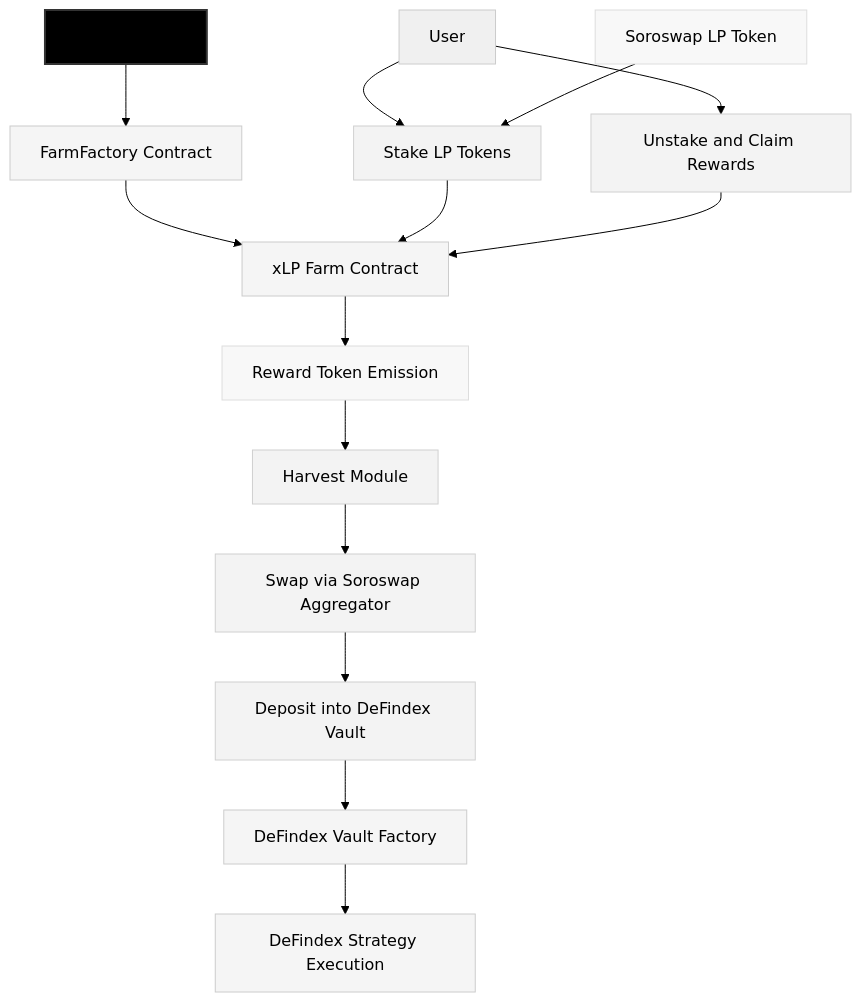
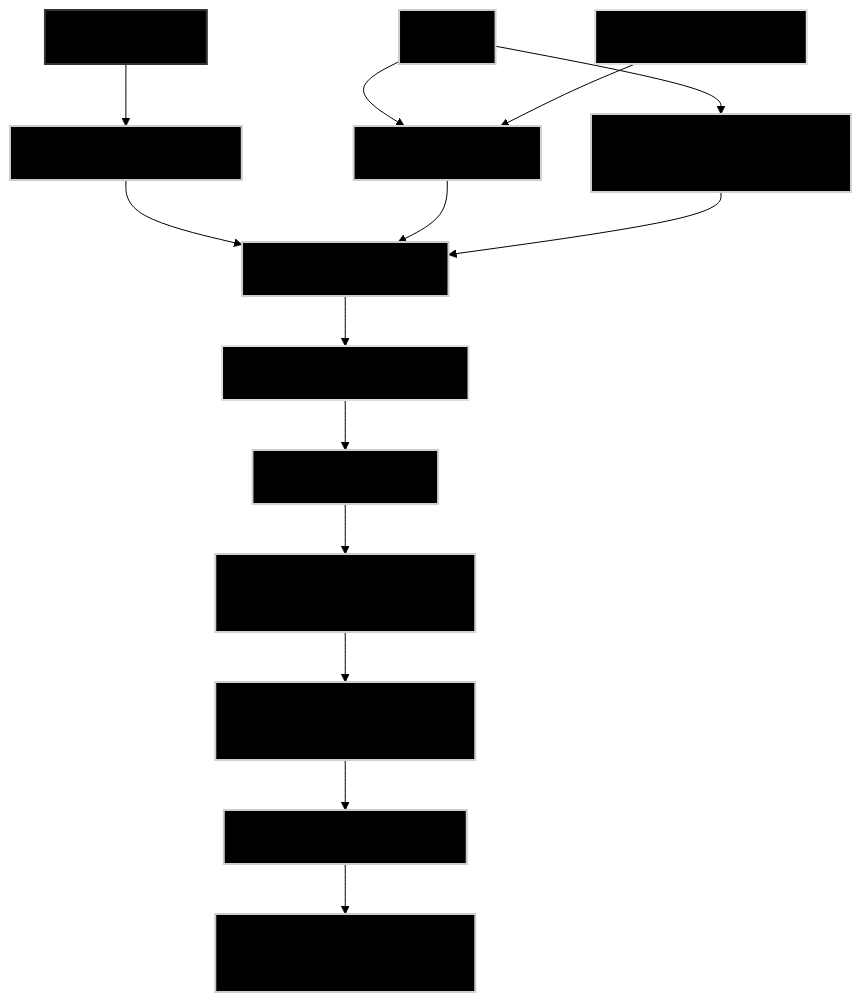
The diagram in README.md (Smitbafna/xLP-Farm-Protocol), drawn with Mermaid (forest theme) before and after one commit.

Commit message:
screenshot to be added

````diff
--- a/README.md
+++ b/README.md
@@ -50,40 +50,40 @@
 ```mermaid
 flowchart TD
 
   %% Admin Setup
   Admin[Admin / DAO]
   Admin --> Factory[FarmFactory Contract]
   Factory --> Farm[xLP Farm Contract]
 
   %% User Interaction
   User[User]
   LPToken[Soroswap LP Token]
   User --> Stake[Stake LP Tokens]
   Stake --> Farm
   User --> Unstake[Unstake and Claim Rewards]
   Unstake --> Farm
   LPToken --> Stake
 
   %% Reward Flow
   Farm --> Reward[Reward Token Emission]
   Reward --> Harvest[Harvest Module]
   Harvest --> Swap[Swap via Soroswap Aggregator]
   Swap --> Deposit[Deposit into DeFindex Vault]
   Deposit --> VaultFactory[DeFindex Vault Factory]
   VaultFactory --> Strategy[DeFindex Strategy Execution]
 
   %% Styling
   classDef admin fill:#000000,stroke:#333333,stroke-width:2px,color:#ffffff;  %% Black background with white text for Admin/DAO
-  classDef contract fill:#f5f5f5,stroke:#cccccc,stroke-width:1px,color:#666666;  %% Dull gray for contracts
-  classDef service fill:#f8f8f8,stroke:#dddddd,stroke-width:1px,color:#666666;   %% Dull light gray for services
-  classDef user fill:#f0f0f0,stroke:#cccccc,stroke-width:1px,color:#666666;      %% Dull gray for user
-  classDef logic fill:#f3f3f3,stroke:#d0d0d0,stroke-width:1px,color:#666666;     %% Dull light gray for logic
+  classDef contract fill:#000000,stroke:#cccccc,stroke-width:2px,color:#ffffff;  %% Dull gray for contracts
+  classDef service fill:#000000,stroke:#dddddd,stroke-width:2px,color:#ffffff;   %% Dull light gray for services
+  classDef user fill:#000000,stroke:#cccccc,stroke-width:2px,color:#ffffff;      %% Dull gray for user
+  classDef logic fill:#000000,stroke:#d0d0d0,stroke-width:2px,color:#ffffff;     %% Dull light gray for logic
 
 class Admin admin
 class Farm,Factory contract
 class Stake,Unstake,Harvest,Swap,Deposit logic
 class User user
 class LPToken,Reward service
 class VaultFactory,Strategy contract
 
 ```
````
